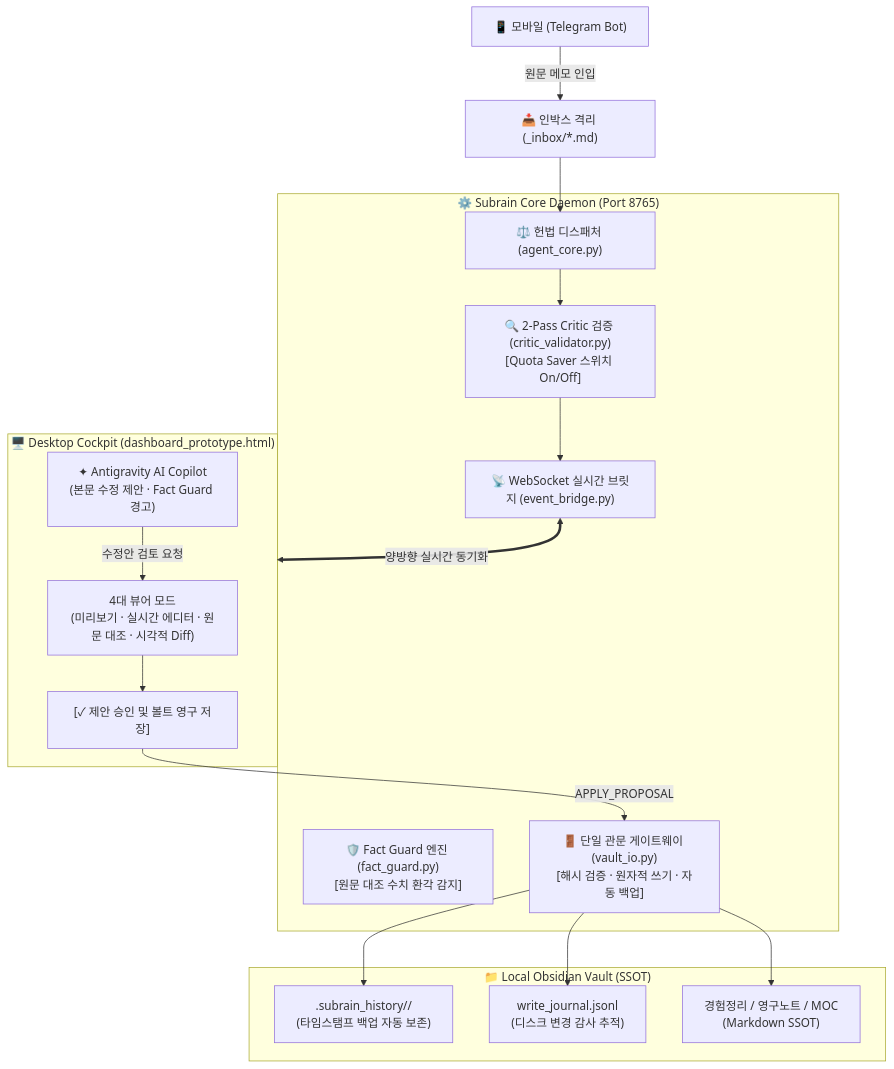
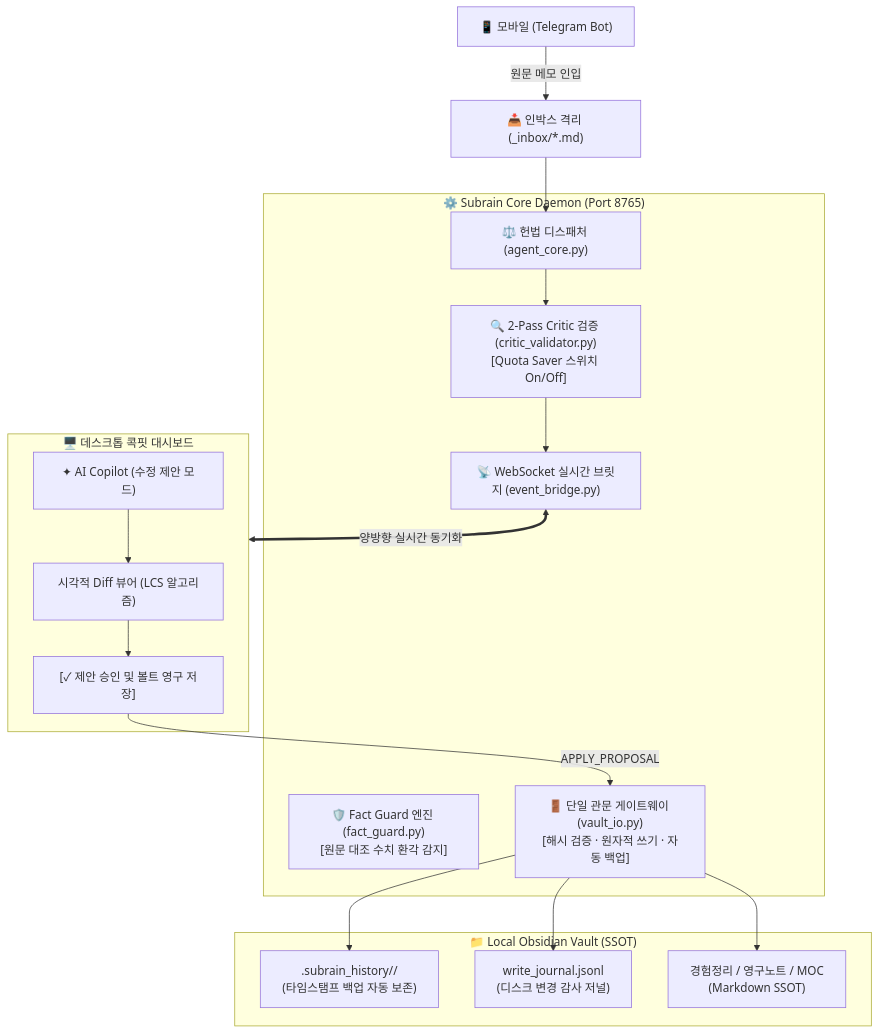
Before and after one commit to leejy9/SUBrain_98: the diagram in README.md, drawn with Mermaid. The commit also changed other lines of this file and 20 other files, not shown here.

````diff
--- a/README.md
+++ b/README.md
@@ -18,37 +38,37 @@
 ```mermaid
 graph TD
     UserMobile["📱 모바일 (Telegram Bot)"] -->|원문 메모 인입| IngestQueue["📥 인박스 격리 (_inbox/*.md)"]
     
     subgraph Daemon["⚙️ Subrain Core Daemon (Port 8765)"]
         Dispatcher["⚖️ 헌법 디스패처 (agent_core.py)"]
         Critic["🔍 2-Pass Critic 검증 (critic_validator.py)<br/>[Quota Saver 스위치 On/Off]"]
         FactGuard["🛡️ Fact Guard 엔진 (fact_guard.py)<br/>[원문 대조 수치 환각 감지]"]
         EventBridge["📡 WebSocket 실시간 브릿지 (event_bridge.py)"]
         VaultIO["🚪 단일 관문 게이트웨이 (vault_io.py)<br/>[해시 검증 · 원자적 쓰기 · 자동 백업]"]
     end
 
     IngestQueue --> Dispatcher
     Dispatcher --> Critic
     Critic --> EventBridge
 
-    subgraph Dashboard["🖥️ Desktop Cockpit (dashboard_prototype.html)"]
-        ViewMode["4대 뷰어 모드<br/>(미리보기 · 실시간 에디터 · 원문 대조 · 시각적 Diff)"]
-        Copilot["✦ Antigravity AI Copilot<br/>(본문 수정 제안 · Fact Guard 경고)"]
+    subgraph Client["🖥️ 데스크톱 콕핏 대시보드"]
+        DiffViewer["시각적 Diff 뷰어 (LCS 알고리즘)"]
+        Copilot["✦ AI Copilot (수정 제안 모드)"]
         ActionBtn["[✓ 제안 승인 및 볼트 영구 저장]"]
     end
 
-    EventBridge <==>|양방향 실시간 동기화| Dashboard
-    Copilot -->|수정안 검토 요청| ViewMode
-    ViewMode --> ActionBtn
+    EventBridge <==>|양방향 실시간 동기화| Client
+    Copilot --> DiffViewer
+    DiffViewer --> ActionBtn
     ActionBtn -->|APPLY_PROPOSAL| VaultIO
 
     subgraph Storage["📁 Local Obsidian Vault (SSOT)"]
         Backup[".subrain_history/<stem>/<br/>(타임스탬프 백업 자동 보존)"]
-        Journal["write_journal.jsonl<br/>(디스크 변경 감사 추적)"]
+        Journal["write_journal.jsonl<br/>(디스크 변경 감사 저널)"]
         VaultFiles["경험정리 / 영구노트 / MOC<br/>(Markdown SSOT)"]
     end
 
     VaultIO --> Backup
     VaultIO --> Journal
     VaultIO --> VaultFiles
 ```
````
